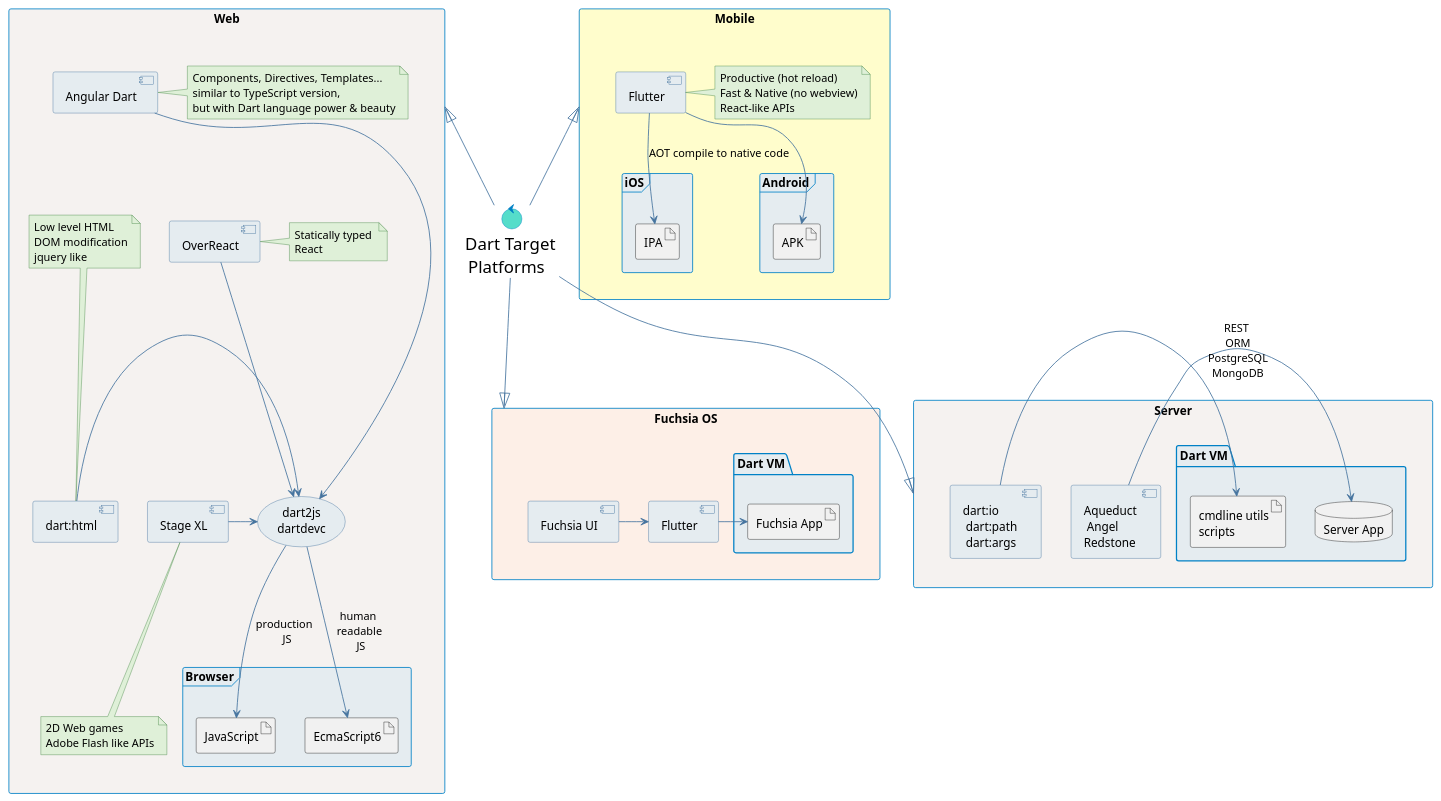
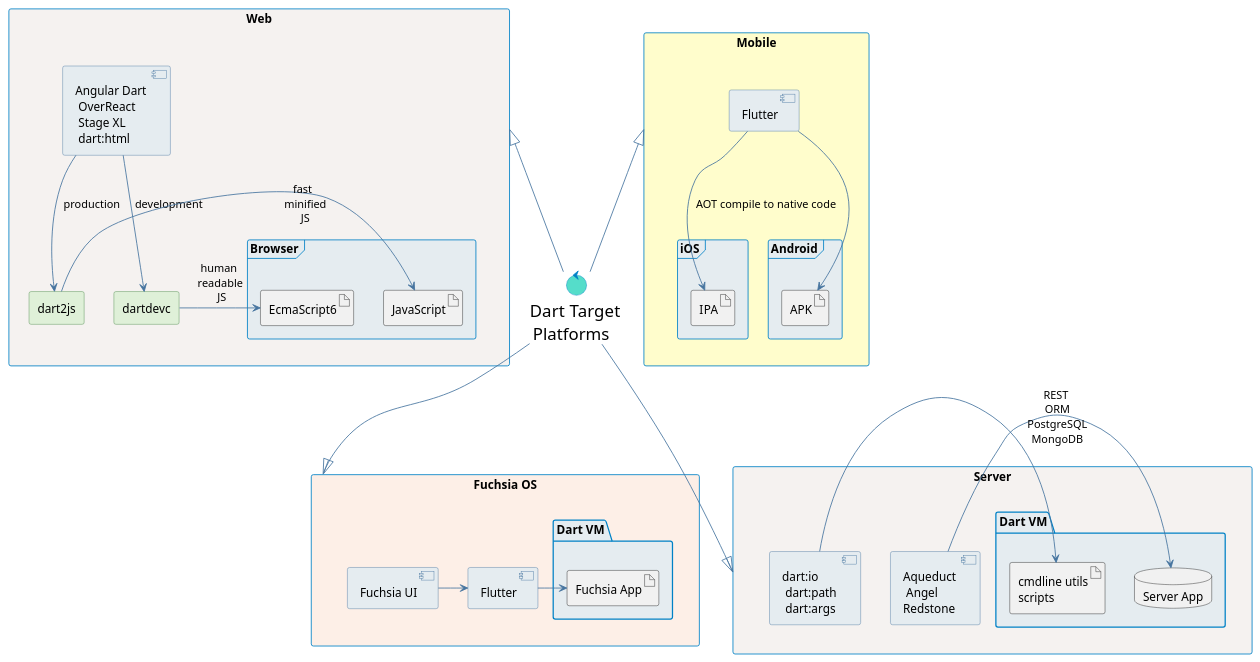
The diagram in run-and-deploy.puml (dafesimonek/dart-platform-diagrams), drawn with PlantUML before and after one commit. The commit also changed 2 other files, not shown here.

Commit message:
simplified deployment diagram, moved web frameworks to special diagram

```diff
--- a/run-and-deploy.puml
+++ b/run-and-deploy.puml
@@ -1,133 +1,108 @@
 @startuml
 
 skinparam {
 
     shadowing false
     arrowColor #46749F
 
     RectangleBorderColor #CCCCCC
     RectangleBackgroundColor #F5F2F0
 
     ComponentBorderColor #46749F
     ComponentBackgroundColor #E5ECF0
 
     UsecaseBorderColor #46749F
     UsecaseBackgroundColor #E5ECF0
 
     ControlBorderColor #0081C6
     ControlBackgroundColor #55DDCA
 
     frameBorderColor #0081C6
     packageBorderColor #0081C6
 
     noteBorderColor #468847
     noteBackgroundColor #DFF0D8
+
+    AgentBorderColor #468847
+    AgentBackgroundColor #DFF0D8
+
 }
 
 
 control "<size:20>Dart Target</size> \n <size:20>Platforms</size>" as source
 
 
 rectangle "Web" as web {
 
-    usecase dart2js [
-        dart2js
-        dartdevc
-    ]
+    agent dartdevc [[https://webdev.dartlang.org/tools/dartdevc]]
 
-    [Angular Dart] as angular [[https://webdev.dartlang.org/angular]]
-    note right of angular
-        Components, Directives, Templates...
-        similar to TypeScript version,
-        but with Dart language power & beauty
-    end note
-    angular ---> dart2js
+    agent dart2js [[https://webdev.dartlang.org/tools/dart2js]]
 
-    [OverReact] as overReact [[https://pub.dartlang.org/packages/over_react]]
-    note right of overReact: Statically typed \nReact
-    overReact --> dart2js
-
-    [dart:html] as dartHtml [[https://webdev.dartlang.org/guides/web-programming#low-level-html]]
-    note top of dartHtml
-        Low level HTML
-        DOM modification
-        jquery like
-    end note
-    dartHtml -> dart2js
-
-    [Stage XL] as stageXL [[http://www.stagexl.org/]]
-    note bottom of stageXL
-        2D Web games
-        Adobe Flash like APIs
-    end note
-    stageXL -> dart2js
+    [Angular Dart \n OverReact \n Stage XL \n dart:html] as angular [[https://webdev.dartlang.org/angular]]
+    angular -down-> dart2js: production
+    angular -down-> dartdevc: development
 
     frame Browser #E5ECF0 {
         artifact JavaScript
         artifact EcmaScript6
     }
 
-    dart2js --> JavaScript: production \n JS
-    dart2js --> EcmaScript6: human \n readable \n JS
+    dart2js -> JavaScript: fast \n minified\n JS
+    dartdevc -> EcmaScript6: human \n readable \n JS
 }
 
 rectangle "Mobile" as mobile #FFFDCC {
     [Flutter] as flutter [[https://flutter.io]]
-    note right of flutter
-        Productive (hot reload)
-        Fast & Native (no webview)
-        React-like APIs
-    end note
 
     frame iOS #E5ECF0 {
         artifact IPA
     }
 
     frame Android #E5ECF0 {
         artifact APK
     }
 
     flutter --> IPA: AOT compile to native code
     flutter --> APK
 }
 
 rectangle "Fuchsia OS" as fuchsia #FDEFE7 {
     [Fuchsia UI] as fuchsiaUI [[https://fuchsia.googlesource.com/docs/+/master/book.md]]
 
     [Flutter] as fuchsiaFlutter
 
     package "Dart VM" as fuchsiaVM #E5ECF0 {
         artifact fuchsiaApp [
             Fuchsia App
         ]
     }
 
     fuchsiaUI -> fuchsiaFlutter
     fuchsiaFlutter -> fuchsiaApp
 
 }
 
 rectangle "Server" as server {
     [Aqueduct \n Angel \nRedstone] as aqueduct [[https://aqueduct.io/]]
 
     [dart:io \n dart:path \n dart:args] as cmdlinePackages [[https://www.dartlang.org/tutorials/dart-vm/cmdline]]
 
     package "Dart VM" #E5ECF0 {
         artifact cmdline [
             cmdline utils
             scripts
         ]
         database "Server App" as enterprise
     }
 
     aqueduct -> enterprise: REST \n ORM \n PostgreSQL \nMongoDB
     cmdlinePackages -> cmdline
 }
 
 
 source -up-|> mobile
 source -up-|> web
 source -down-|> fuchsia
 source -down-|> server
 
 @enduml
```
